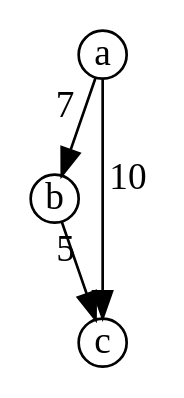
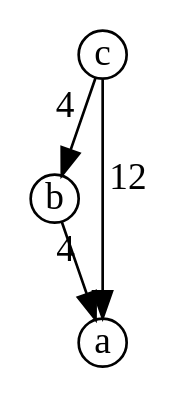
One commit to increpare/comusic changed the diagram in graph2.dot. Above: the diagram before and after it, drawn with Graphviz. The commit also changed 7 other files, not shown here.

```diff
--- a/graph2.dot
+++ b/graph2.dot
@@ -1,6 +1,6 @@
 digraph G {
 	node [shape=circle fixedsize=true width=0.25 height=0.25 ]
-	a -> b [ xlabel="7"];
-	b -> c [ xlabel="5"];
-	a -> c [ xlabel="10" ];
+	b -> a [ xlabel="4"];
+	c -> b [ xlabel="4"];
+	c -> a [ xlabel="12" ];
 }
```
